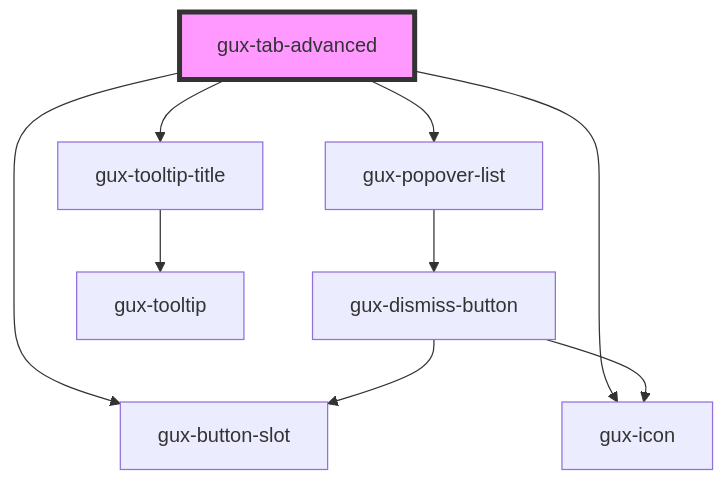
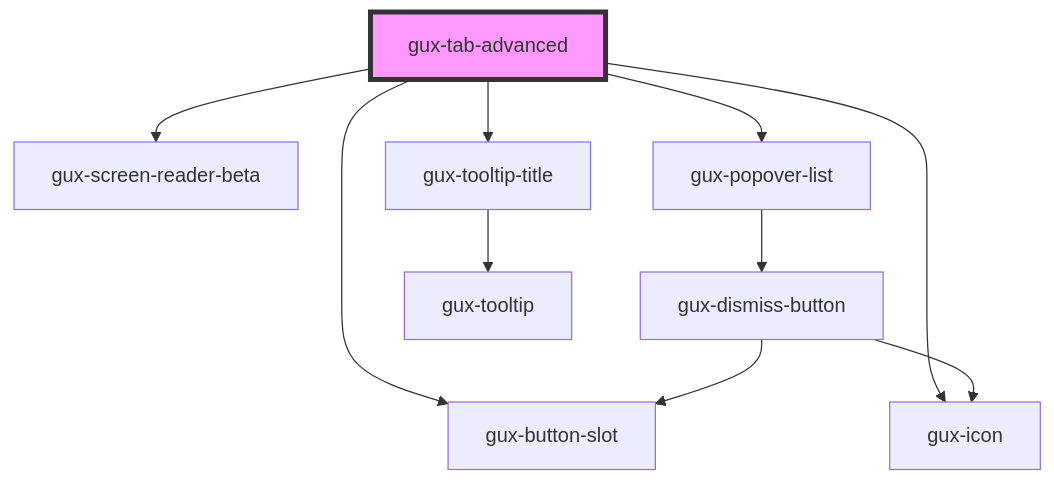
The diagram in packages/genesys-spark-components/src/components/stable/gux-tabs-advanced/gux-tab-advanced/readme.md (MyPureCloud/genesys-spark), drawn with Mermaid before and after one commit. The commit also changed other lines of this file and 15 other files, not shown here.

````diff
--- a/packages/genesys-spark-components/src/components/stable/gux-tabs-advanced/gux-tab-advanced/readme.md
+++ b/packages/genesys-spark-components/src/components/stable/gux-tabs-advanced/gux-tab-advanced/readme.md
@@ -80,12 +81,13 @@
 ```mermaid
 graph TD;
   gux-tab-advanced --> gux-button-slot
   gux-tab-advanced --> gux-icon
+  gux-tab-advanced --> gux-screen-reader-beta
   gux-tab-advanced --> gux-popover-list
   gux-tab-advanced --> gux-tooltip-title
   gux-popover-list --> gux-dismiss-button
   gux-dismiss-button --> gux-button-slot
   gux-dismiss-button --> gux-icon
   gux-tooltip-title --> gux-tooltip
   style gux-tab-advanced fill:#f9f,stroke:#333,stroke-width:4px
 ```
````
